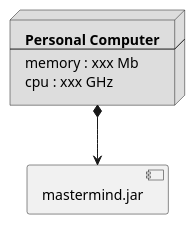
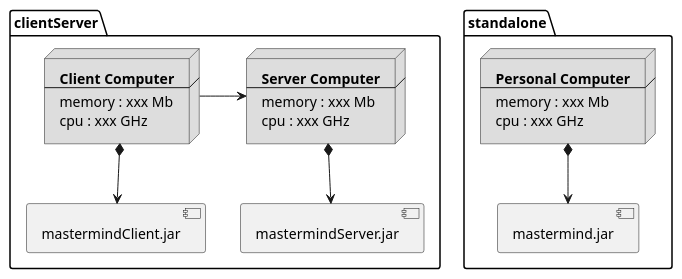
One commit to TheMercuryBeat/MasterMind changed the diagram in docs/uml/MasterMindDeployment.puml. Above: the diagram before and after it, drawn with PlantUML. The commit also changed 2 other files, not shown here.

Commit message:
[uml] Update uml diagrams and docs

```diff
--- a/docs/uml/MasterMindDeployment.puml
+++ b/docs/uml/MasterMindDeployment.puml
@@ -1,13 +1,44 @@
 @startuml
 
-node node #DDDDDD [
-    <b>Personal Computer</b>
-    ----
-    memory : xxx Mb
-    cpu : xxx GHz
-]
+package standalone{
 
-[mastermind.jar]
-node *--> mastermind.jar
+    node node #DDDDDD [
+        <b>Personal Computer</b>
+        ----
+        memory : xxx Mb
+        cpu : xxx GHz
+    ]
+
+    [mastermind.jar]
+    node *--> mastermind.jar
+
+}
+
+package clientServer{
+
+    node node1 #DDDDDD [
+        <b>Client Computer</b>
+        ----
+        memory : xxx Mb
+        cpu : xxx GHz
+    ]
+
+    [mastermindClient.jar]
+    node1 *--> mastermindClient.jar
+
+    node node2 #DDDDDD [
+        <b>Server Computer</b>
+        ----
+        memory : xxx Mb
+        cpu : xxx GHz
+    ]
+
+    [mastermindServer.jar]
+    node2 *--> mastermindServer.jar
+
+     node1 -right-> node2
+
+}
+
 
 @enduml
```
